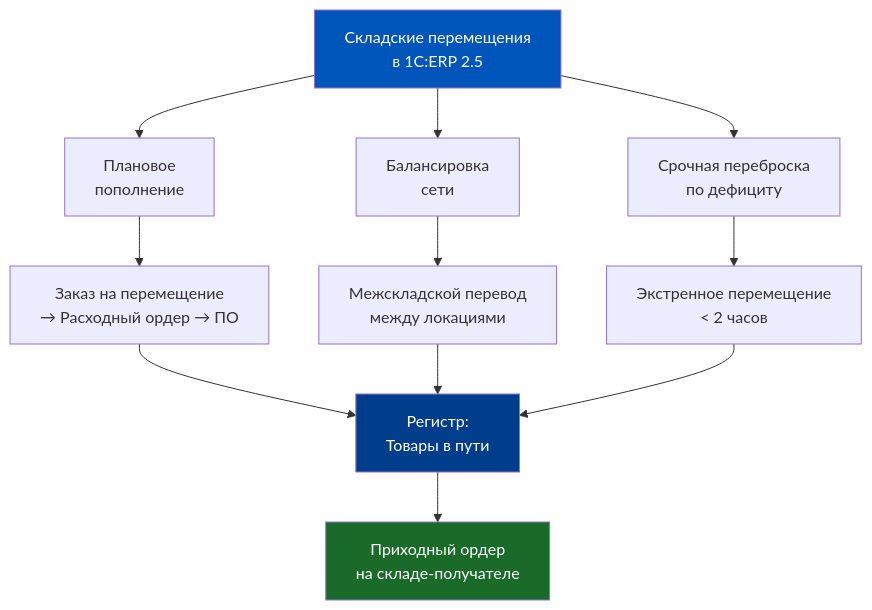
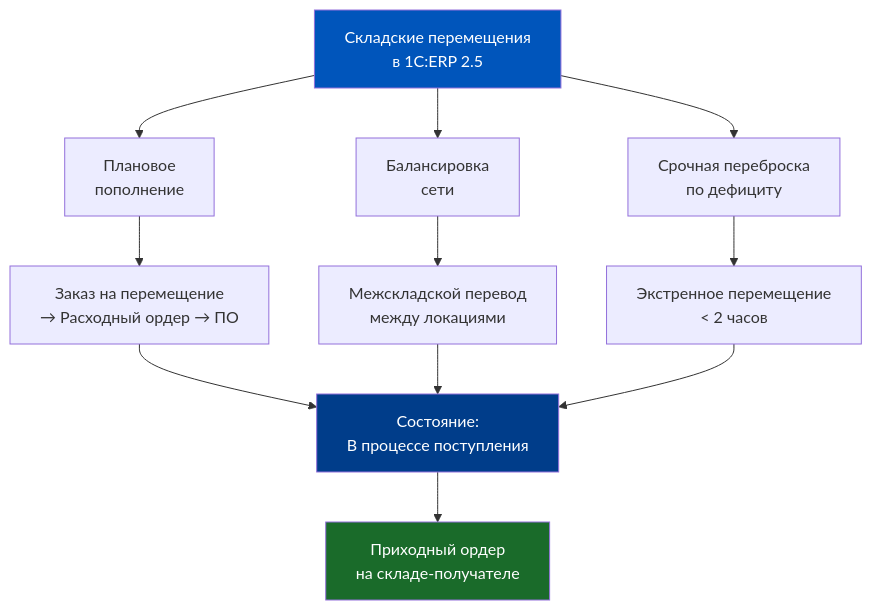
One commit to murad1986/edu-site changed the eighth of 9 diagrams in content/1c_erp_qcom/week_5/Неделя 5 - День 1 - Складские перемещения.md. Above: the diagram before and after it, drawn with Mermaid. The commit also changed other lines of this file and 43 other files, not shown here.

````diff
--- a/content/1c_erp_qcom/week_5/Неделя 5 - День 1 - Складские перемещения.md
+++ b/content/1c_erp_qcom/week_5/Неделя 5 - День 1 - Складские перемещения.md
@@ -466,25 +458,25 @@
 ```mermaid
 graph TD
     A["Складские перемещения
 в 1C:ERP 2.5"] --> B["Плановое
 пополнение"]
     A --> C["Балансировка
 сети"]
     A --> D["Срочная переброска
 по дефициту"]
     B --> E["Заказ на перемещение
 → Расходный ордер → ПО"]
     C --> F["Межскладской перевод
 между локациями"]
     D --> G["Экстренное перемещение
 < 2 часов"]
-    E --> H["Регистр:
-Товары в пути"]
+    E --> H["Состояние:
+В процессе поступления"]
     F --> H
     G --> H
     H --> I["Приходный ордер
 на складе-получателе"]
     style A fill:#0055BB,color:#fff
     style H fill:#003d8a,color:#fff
     style I fill:#1a6b2a,color:#fff
 ```
````
